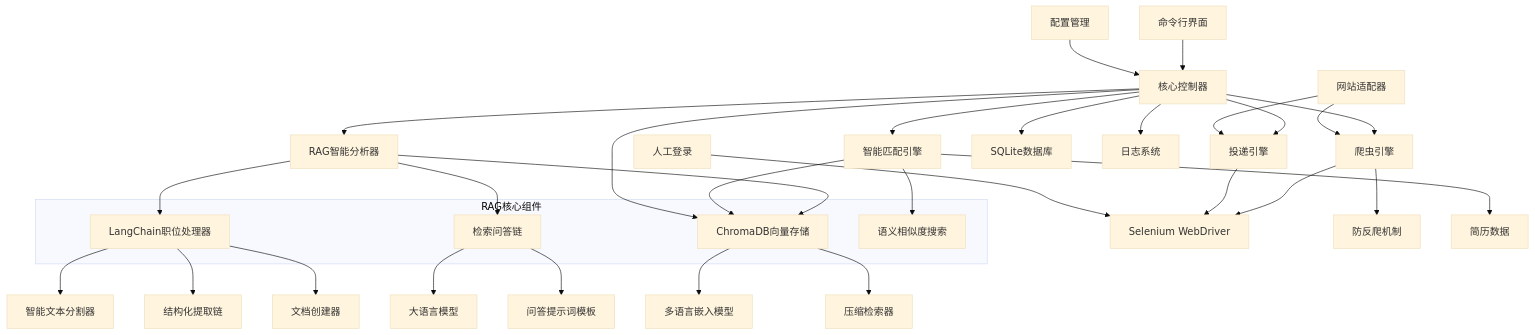
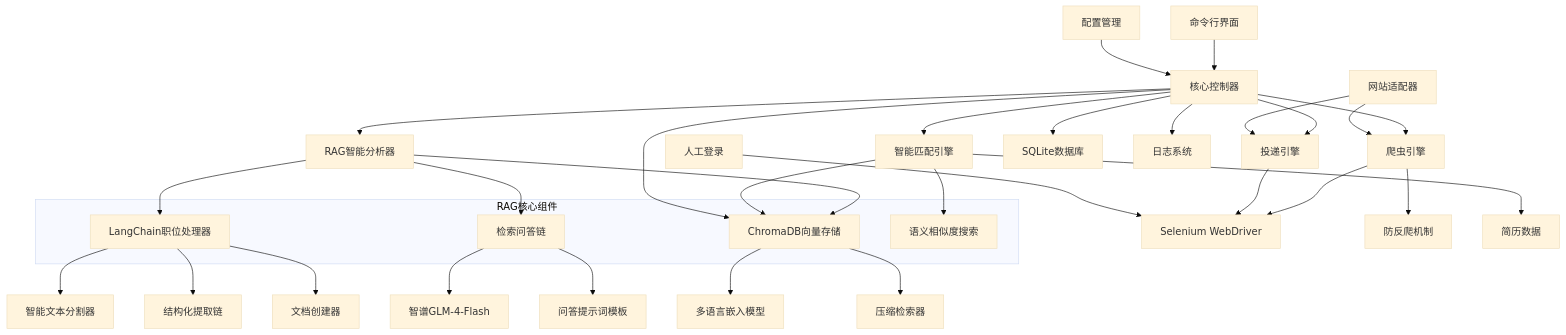
One commit to bin448482/MyThird changed the first of 3 diagrams in CLAUDE.md. Above: the diagram before and after it, drawn with Mermaid (base theme). The commit also changed other lines of this file and 48 other files, not shown here.

````diff
--- a/CLAUDE.md
+++ b/CLAUDE.md
@@ -52,47 +99,47 @@
 ```mermaid
 graph TB
     CLI[命令行界面] --> Core[核心控制器]
     Config[配置管理] --> Core
     
     Core --> Crawler[爬虫引擎]
     Core --> RAGAnalyzer[RAG智能分析器]
     Core --> Matcher[智能匹配引擎]
     Core --> Submitter[投递引擎]
     
     Crawler --> WebDriver[Selenium WebDriver]
     Crawler --> AntiBot[防反爬机制]
     Submitter --> WebDriver
     
     RAGAnalyzer --> JobProcessor[LangChain职位处理器]
     JobProcessor --> TextSplitter[智能文本分割器]
     JobProcessor --> StructureExtractor[结构化提取链]
     JobProcessor --> DocumentCreator[文档创建器]
     
     RAGAnalyzer --> VectorStore[ChromaDB向量存储]
     VectorStore --> Embeddings[多语言嵌入模型]
     VectorStore --> Retriever[压缩检索器]
     
     RAGAnalyzer --> RAGChain[检索问答链]
-    RAGChain --> LLM[大语言模型]
+    RAGChain --> LLM[智谱GLM-4-Flash]
     RAGChain --> QAPrompts[问答提示词模板]
     
     Matcher --> Resume[简历数据]
     Matcher --> VectorStore
     Matcher --> SemanticSearch[语义相似度搜索]
     
     Core --> Database[SQLite数据库]
     Core --> VectorStore
     Core --> Logger[日志系统]
     
     Adapters[网站适配器] --> Crawler
     Adapters --> Submitter
     
     HumanLogin[人工登录] --> WebDriver
     
     subgraph "RAG核心组件"
         JobProcessor
         VectorStore
         RAGChain
         SemanticSearch
     end
 ```
````
